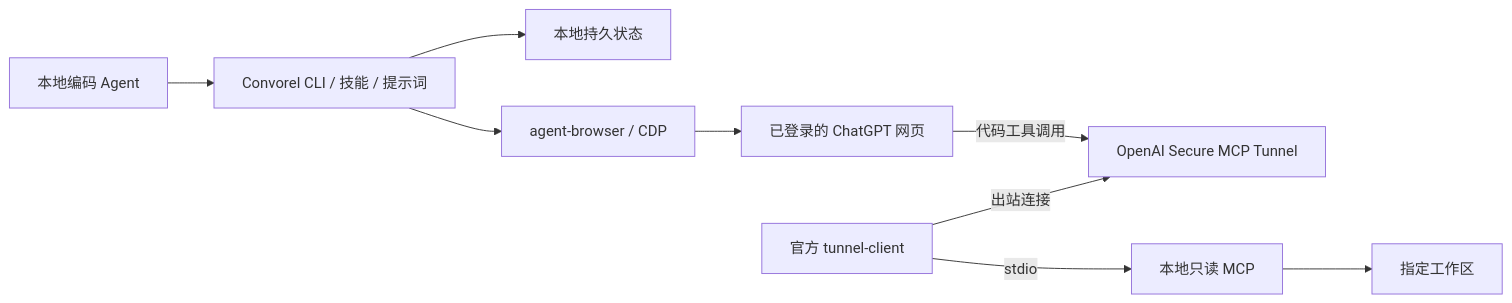
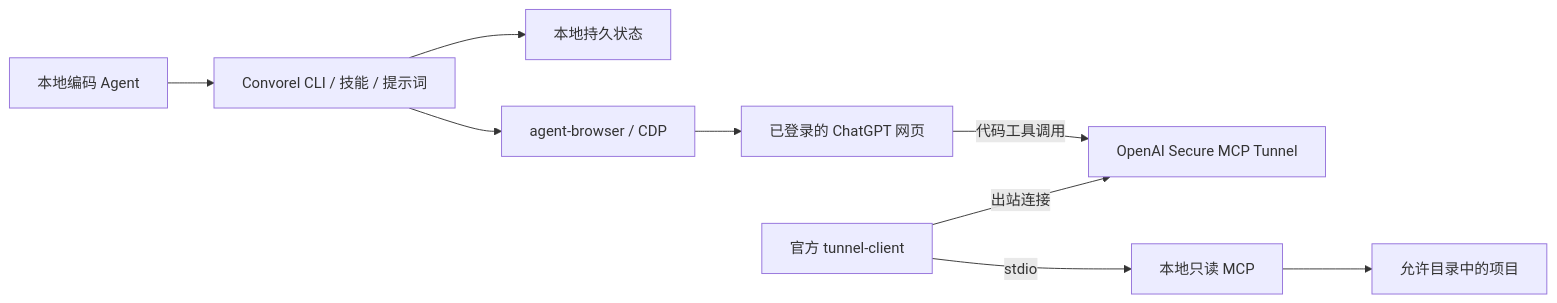
The diagram in README.md (MarioJames/convorel), drawn with Mermaid before and after one commit. The commit also changed other lines of this file, not shown here.

````diff
--- a/README.md
+++ b/README.md
@@ -27,11 +27,11 @@
 ```mermaid
 flowchart LR
   Agent[本地编码 Agent] --> CLI[Convorel CLI / 技能 / 提示词]
   CLI --> State[本地持久状态]
   CLI --> Browser[agent-browser / CDP]
   Browser --> ChatGPT[已登录的 ChatGPT 网页]
   ChatGPT -->|代码工具调用| Tunnel[OpenAI Secure MCP Tunnel]
-  MCP[本地只读 MCP] --> Repo[指定工作区]
+  MCP[本地只读 MCP] --> Repo[允许目录中的项目]
   Client[官方 tunnel-client] -->|出站连接| Tunnel
   Client -->|stdio| MCP
 ```
````
